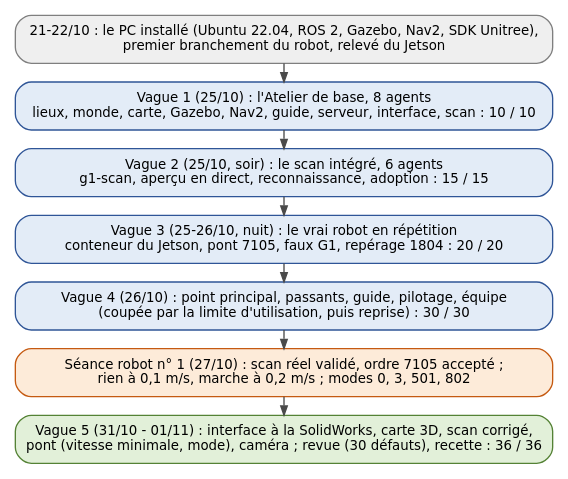
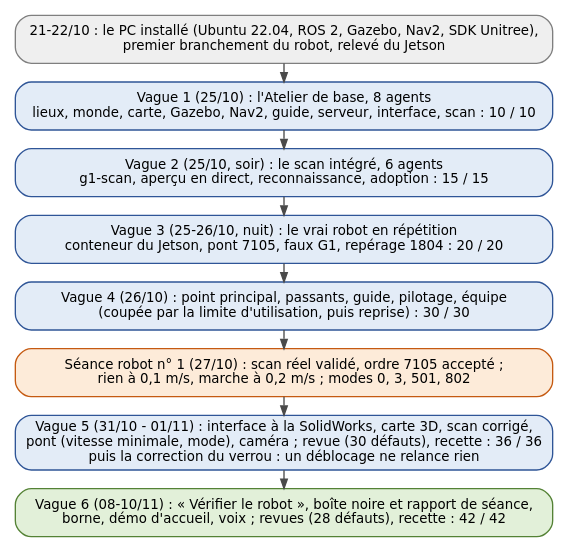
Before and after one commit to Toyer719/UnitreeG1edu_ESME: the diagram in docs/word/sources/logiciel/schemas/vagues.dot, drawn with Graphviz. The commit also changed 30 other files, not shown here.

First line of the commit message:
Documents : vague 6, documents Word (fiches de la séance 2, chapitre 12 du document du logiciel)

```diff
--- a/docs/word/sources/logiciel/schemas/vagues.dot
+++ b/docs/word/sources/logiciel/schemas/vagues.dot
@@ -1,15 +1,16 @@
 // Les vagues de construction (chapitre 10)
 digraph vagues {
   graph [fontname="DejaVu Sans", fontsize=10.5, rankdir=TB, nodesep=0.3, ranksep=0.2];
   node  [fontname="DejaVu Sans", fontsize=10, shape=box, style="rounded,filled", fillcolor="#E3ECF7", color="#2F5597", margin="0.12,0.05", width=5.6];
   edge  [fontname="DejaVu Sans", fontsize=9, color="#4A4A4A", arrowsize=0.7];
 
   d0 [label="21-22/10 : le PC installé (Ubuntu 22.04, ROS 2, Gazebo, Nav2, SDK Unitree),\npremier branchement du robot, relevé du Jetson", fillcolor="#EFEFEF", color="#7F7F7F"];
   v1 [label="Vague 1 (25/10) : l'Atelier de base, 8 agents\nlieux, monde, carte, Gazebo, Nav2, guide, serveur, interface, scan : 10 / 10"];
   v2 [label="Vague 2 (25/10, soir) : le scan intégré, 6 agents\ng1-scan, aperçu en direct, reconnaissance, adoption : 15 / 15"];
   v3 [label="Vague 3 (25-26/10, nuit) : le vrai robot en répétition\nconteneur du Jetson, pont 7105, faux G1, repérage 1804 : 20 / 20"];
   v4 [label="Vague 4 (26/10) : point principal, passants, guide, pilotage, équipe\n(coupée par la limite d'utilisation, puis reprise) : 30 / 30"];
   s1 [label="Séance robot n° 1 (27/10) : scan réel validé, ordre 7105 accepté ;\nrien à 0,1 m/s, marche à 0,2 m/s ; modes 0, 3, 501, 802", fillcolor="#FDEBD9", color="#C55A11"];
-  v5 [label="Vague 5 (31/10 - 01/11) : interface à la SolidWorks, carte 3D, scan corrigé,\npont (vitesse minimale, mode), caméra ; revue (30 défauts), recette : 36 / 36", fillcolor="#E2F0D9", color="#548235"];
-  d0 -> v1 -> v2 -> v3 -> v4 -> s1 -> v5;
+  v5 [label="Vague 5 (31/10 - 01/11) : interface à la SolidWorks, carte 3D, scan corrigé,\npont (vitesse minimale, mode), caméra ; revue (30 défauts), recette : 36 / 36\npuis la correction du verrou : un déblocage ne relance rien"];
+  v6 [label="Vague 6 (08-10/11) : « Vérifier le robot », boîte noire et rapport de séance,\nborne, démo d'accueil, voix ; revues (28 défauts), recette : 42 / 42", fillcolor="#E2F0D9", color="#548235"];
+  d0 -> v1 -> v2 -> v3 -> v4 -> s1 -> v5 -> v6;
 }
```
